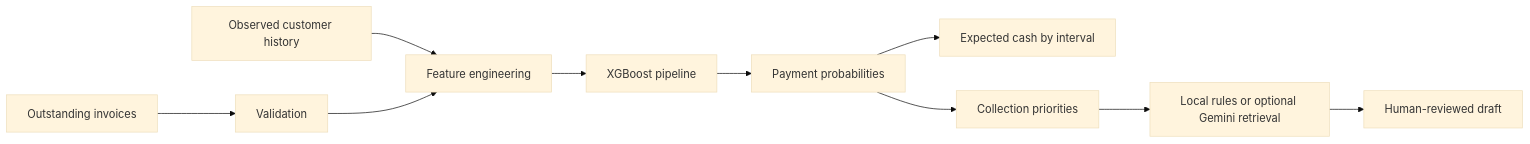
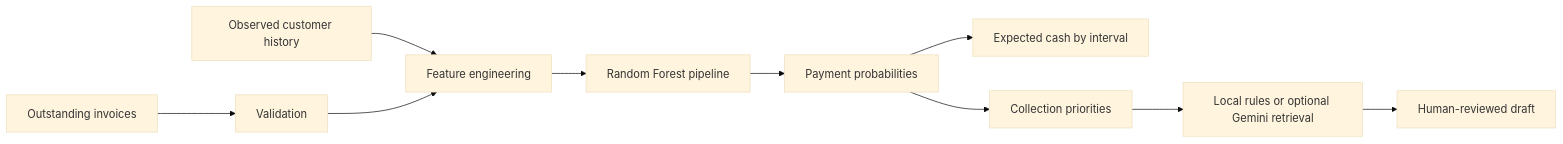
One commit to diogofernandes/cf_copilot_dashboard changed the diagram in README.md. Above: the diagram before and after it, drawn with Mermaid (base theme). The commit also changed other lines of this file and 20 other files, not shown here.

Commit message:
Align portfolio demo with README Random Forest and Le Wagon provenance

````diff
--- a/README.md
+++ b/README.md
@@ -79,12 +81,12 @@
 ```mermaid
 flowchart LR
     CSV[Outstanding invoices] --> V[Validation]
     H[Observed customer history] --> F[Feature engineering]
     V --> F
-    F --> M[XGBoost pipeline]
+    F --> M[Random Forest pipeline]
     M --> P[Payment probabilities]
     P --> C[Expected cash by interval]
     P --> R[Collection priorities]
     R --> D[Local rules or optional Gemini retrieval]
     D --> E[Human-reviewed draft]
 ```
````
